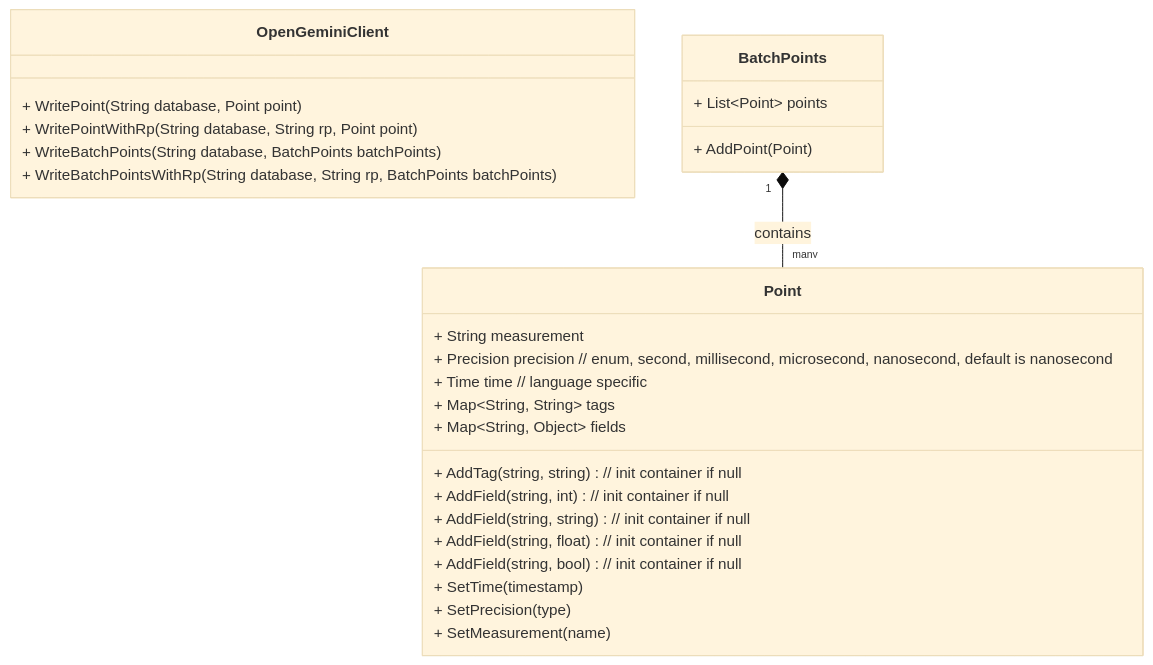
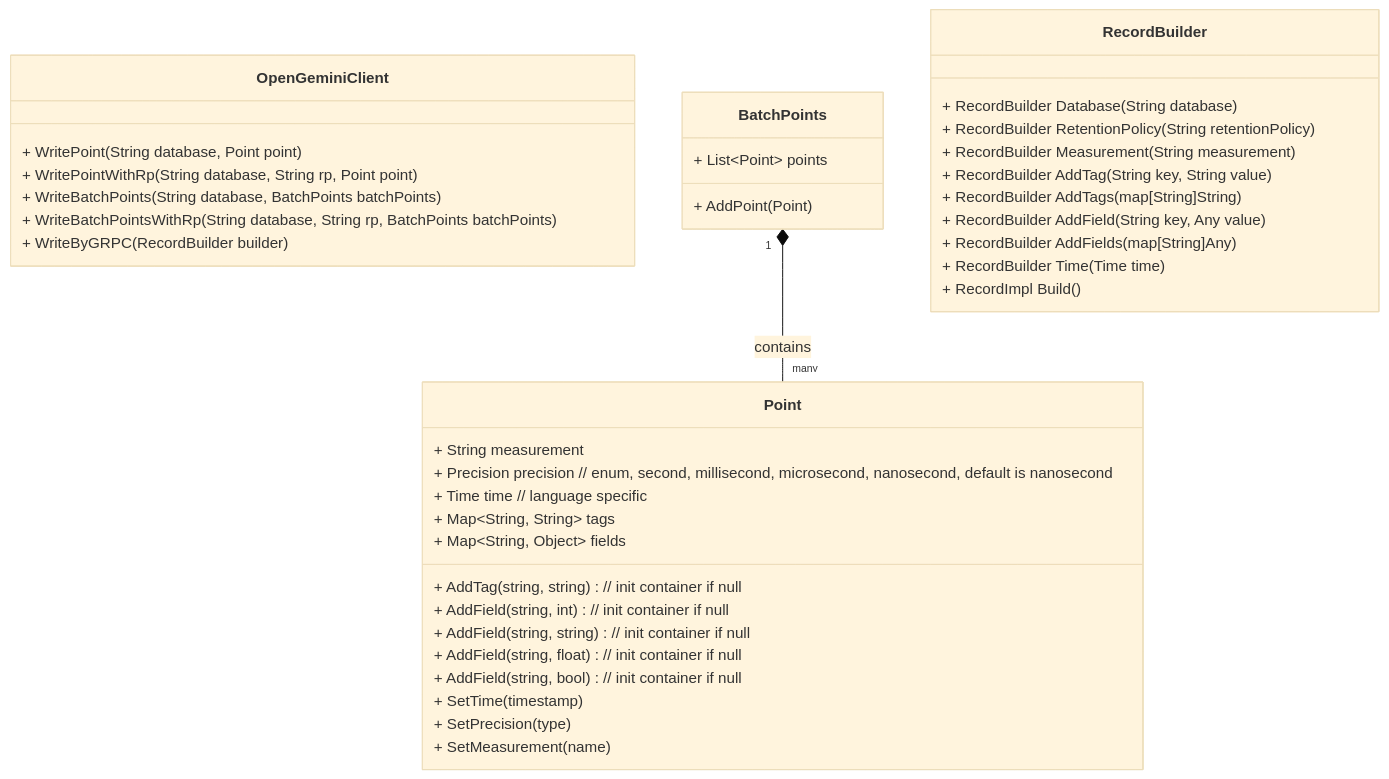
One commit to openGemini/openGemini.github.io changed the third of 9 diagrams in src/zh/guide/develop/client_design.md. Above: the diagram before and after it, drawn with Mermaid (base theme). The commit also changed other lines of this file and 1 other file, not shown here.

Commit message:
docs: design new write protocol api

````diff
--- a/src/zh/guide/develop/client_design.md
+++ b/src/zh/guide/develop/client_design.md
@@ -145,31 +155,44 @@
 ```mermaid
 classDiagram
     class OpenGeminiClient {
         + WritePoint(String database, Point point)
         + WritePointWithRp(String database, String rp, Point point)
         + WriteBatchPoints(String database, BatchPoints batchPoints)
         + WriteBatchPointsWithRp(String database, String rp, BatchPoints batchPoints)
+        + WriteByGRPC(RecordBuilder builder)
     }
     class BatchPoints {
         + List~Point~ points
         + AddPoint(Point)
     }
 
     class Point {
         + String measurement
         + Precision precision // enum, second, millisecond, microsecond, nanosecond, default is nanosecond
         + Time time // language specific
         + Map~String, String~ tags
         + Map~String, Object~ fields
         + AddTag(string, string) // init container if null
         + AddField(string, int) // init container if null
         + AddField(string, string) // init container if null
         + AddField(string, float) // init container if null
         + AddField(string, bool) // init container if null
         + SetTime(timestamp)
         + SetPrecision(type)
         + SetMeasurement(name)
     }
 
+    class RecordBuilder {
+        + RecordBuilder Database(String database)
+        + RecordBuilder RetentionPolicy(String retentionPolicy)
+        + RecordBuilder Measurement(String measurement)
+        + RecordBuilder AddTag(String key, String value)
+        + RecordBuilder AddTags(map[String]String)
+        + RecordBuilder AddField(String key, Any value)
+        + RecordBuilder AddFields(map[String]Any)
+        + RecordBuilder Time(Time time)
+        + RecordImpl Build()
+    }
+
     BatchPoints "1" *-- "many" Point: contains
 ```
````
